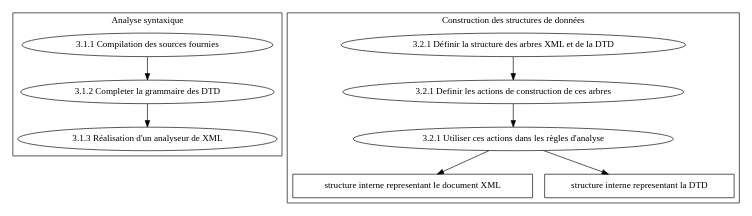
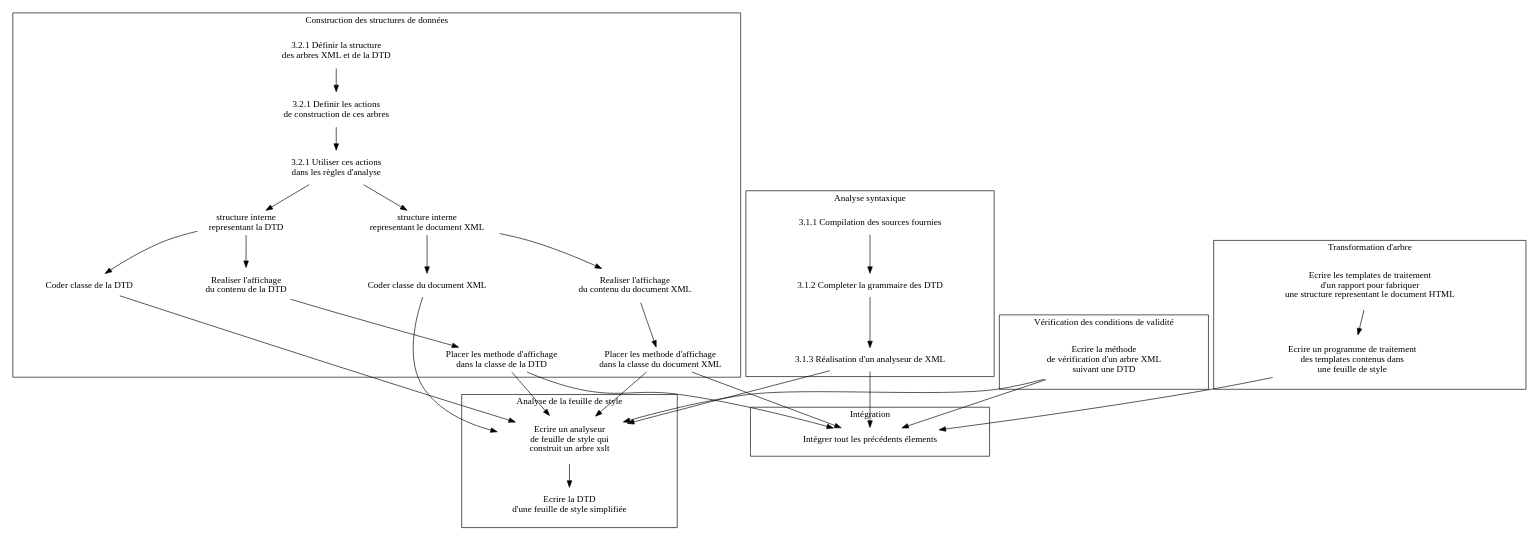
The diagram in Plan-de-route/Plan-de-route.dot (gravitezero/XMLProcessor), drawn with Graphviz before and after one commit. The commit also changed 1 other file, not shown here.

```diff
--- a/Plan-de-route/Plan-de-route.dot
+++ b/Plan-de-route/Plan-de-route.dot
@@ -1,47 +1,106 @@
 digraph G {
 
-## Liste des tâches :
+node [  color = white,
+		style = filled,
+		fontname = "Helvetica-Outline" ];
+
+## HOW TO DO
+
+## Quand vous avez fini une tâche : placer color = green dans cette tâche
 
 subgraph cluster01
 { label="Analyse syntaxique"
 
     step11 [label="3.1.1 Compilation des sources fournies"]
 
     step12 [label="3.1.2 Completer la grammaire des DTD"]
 
     step13 [label="3.1.3 Réalisation d'un analyseur de XML"]
     
     step11 -> step12 -> step13
     
 }
     
 subgraph cluster02
 { label="Construction des structures de données"
 
-    step21 [label="3.2.1 Définir la structure des arbres XML et de la DTD"]
+    step21 [label="3.2.1 Définir la structure\ndes arbres XML et de la DTD"]
 
-    step22 [label="3.2.1 Definir les actions de construction de ces arbres"]
+    step22 [label="3.2.1 Definir les actions\nde construction de ces arbres"]
 
-    step23 [label="3.2.1 Utiliser ces actions dans les règles d'analyse"]
+    step23 [label="3.2.1 Utiliser ces actions\ndans les règles d'analyse"]
     
-    result21 [ shape=box label="structure interne representant le document XML" ]
+    result21 [ shape=box label="structure interne\nrepresentant le document XML" ]
     
-    result22 [ shape=box label="structure interne representant la DTD" ]
+    result22 [ shape=box label="structure interne\nrepresentant la DTD" ]
     
-    step21 -> step22 -> step23 -> result21
-    step23 -> result22
+    step24 [label="Coder classe du document XML"]
+    
+    step25 [label="Coder classe de la DTD"]
+    
+    step21 -> step22 -> step23 -> result21 -> step24
+    step23 -> result22 -> step25
+
+    step26 [label="Realiser l'affichage\ndu contenu du document XML"]
+
+    step27 [label="Realiser l'affichage\ndu contenu de la DTD"]
+    
+    result23 [shape=box label="Placer les methode d'affichage\ndans la classe du document XML"]
+    
+    result24 [shape=box label="Placer les methode d'affichage\ndans la classe de la DTD"]
+    
+    result21 -> step26 -> result23
+    result22 -> step27 -> result24
 
 }
 
 subgraph cluster03
-{
+{ label="Vérification des conditions de validité"
 
-    label="Vérification des conditions de validité"
+    step31 [label="Ecrire la méthode\nde vérification d'un arbre XML\nsuivant une DTD"]
 
+}
+
+subgraph cluster04
+{ label="Analyse de la feuille de style"
+    
+    step41 [label="Ecrire un analyseur\nde feuille de style qui\nconstruit un arbre xslt"]
+    
+    step42 [label="Ecrire la DTD\nd'une feuille de style simplifiée"]
+
+
+    step31 -> step41 -> step42
+    result23 -> step41
+    result24 -> step41
+    step24 -> step41
+    step25 -> step41
+    step13 -> step41
+}
+
+subgraph cluster05
+{ label="Transformation d'arbre"
+
+    step51 [label="Ecrire les templates de traitement\nd'un rapport pour fabriquer\nune structure representant le document HTML"]
+
+    step52 [label="Ecrire un programme de traitement\ndes templates contenus dans\nune feuille de style"]
+    
+    step51 -> step52
+
+}
+
+subgraph cluster06
+{ label="Intégration"
+    
+    step61 [label="Intégrer tout les précédents élements"]
+    
+    step13 -> step61
+    result23 -> step61
+    result24 -> step61
+    step31 -> step61
+    step52 -> step61
+    
 }
 
 
 
-
-
 }
```
